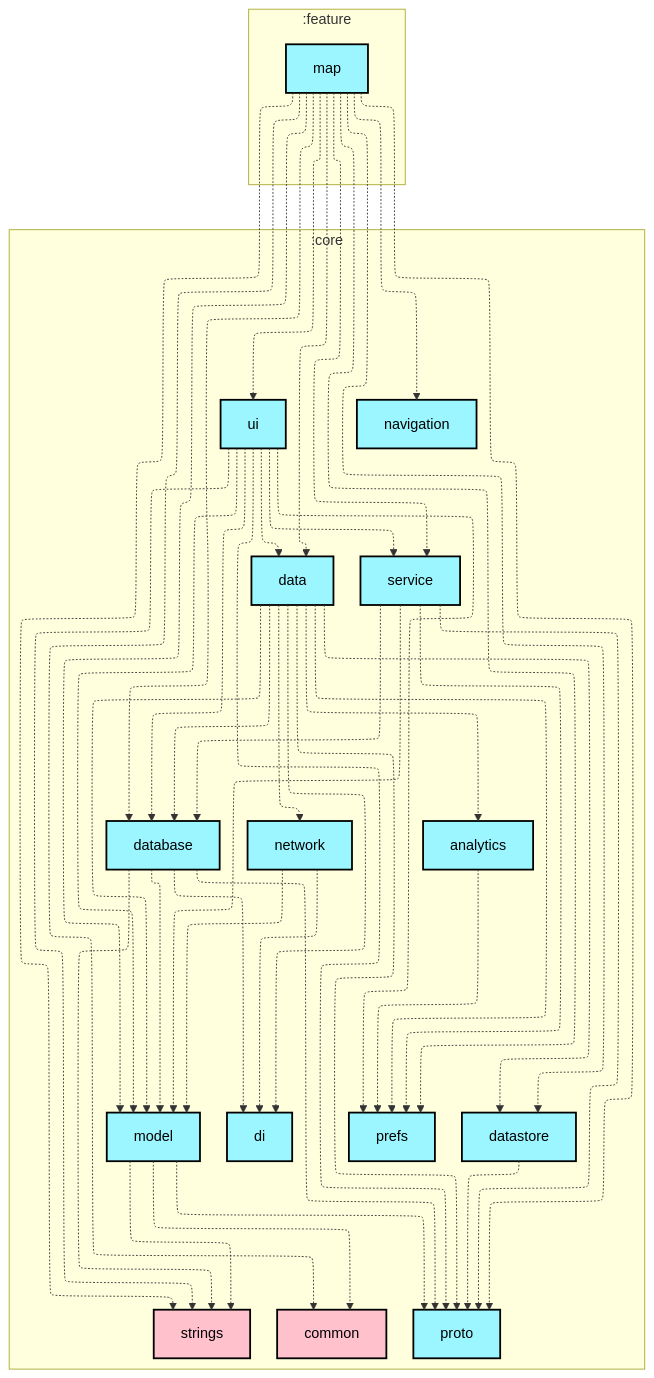
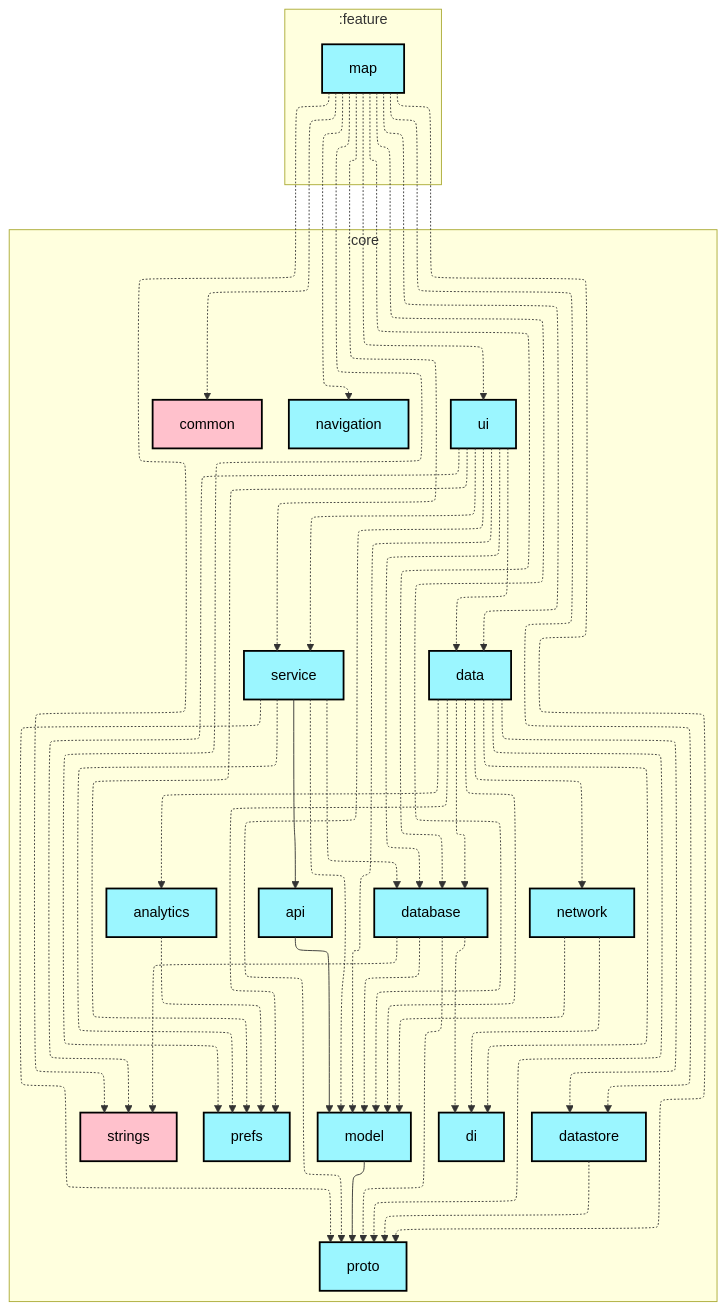
The first of 2 diagrams in feature/map/README.md (meshtastic/Meshtastic-Android), drawn with Mermaid before and after one commit. The commit also changed 11 other files, not shown here.

First line of the commit message:
chore: Scheduled updates (Firmware, Hardware, Translations, Graphs)

```diff
--- a/feature/map/README.md
+++ b/feature/map/README.md
@@ -18,6 +18,7 @@
   subgraph :core
     direction TB
     :core:analytics[analytics]:::android-library
+    :core:api[api]:::android-library
     :core:common[common]:::kmp-library
     :core:data[data]:::android-library
     :core:database[database]:::android-library
@@ -34,6 +35,7 @@
   end
 
   :core:analytics -.-> :core:prefs
+  :core:api --> :core:model
   :core:data -.-> :core:analytics
   :core:data -.-> :core:database
   :core:data -.-> :core:datastore
@@ -47,11 +49,10 @@
   :core:database -.-> :core:proto
   :core:database -.-> :core:strings
   :core:datastore -.-> :core:proto
-  :core:model -.-> :core:common
-  :core:model -.-> :core:proto
-  :core:model -.-> :core:strings
+  :core:model --> :core:proto
   :core:network -.-> :core:di
   :core:network -.-> :core:model
+  :core:service --> :core:api
   :core:service -.-> :core:database
   :core:service -.-> :core:model
   :core:service -.-> :core:prefs
```
